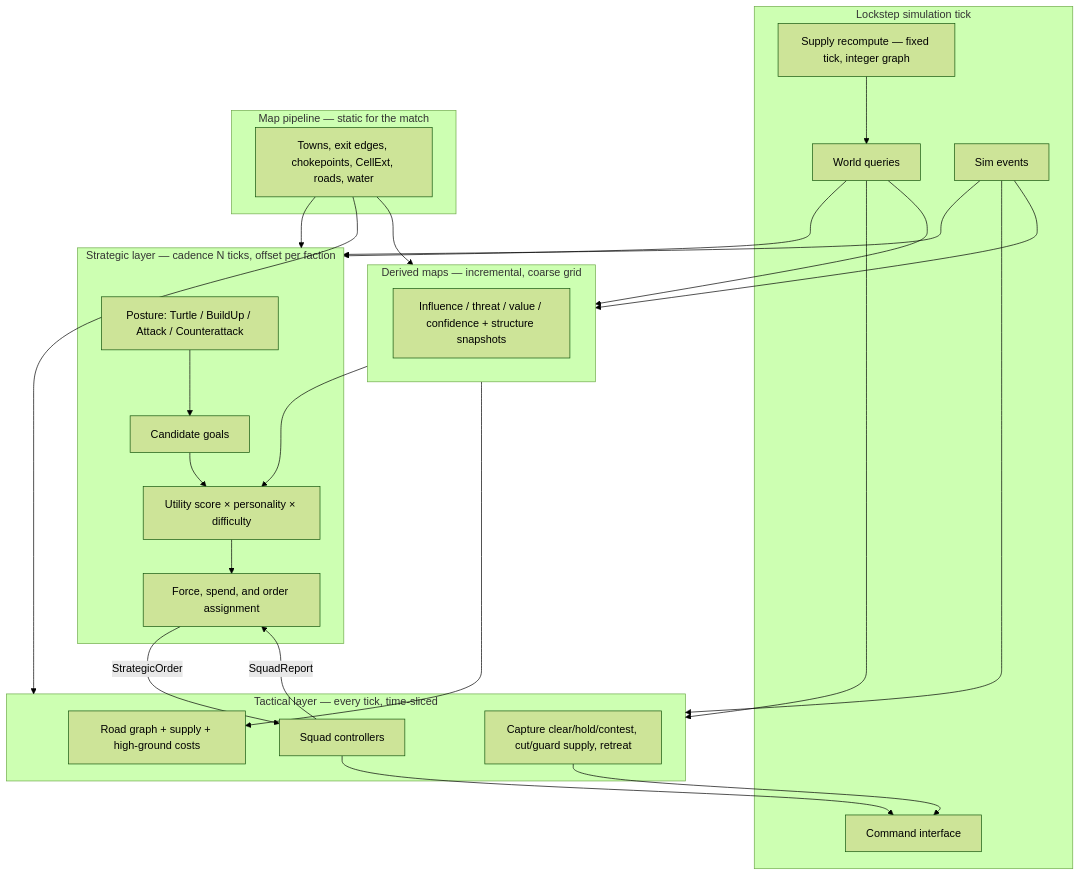
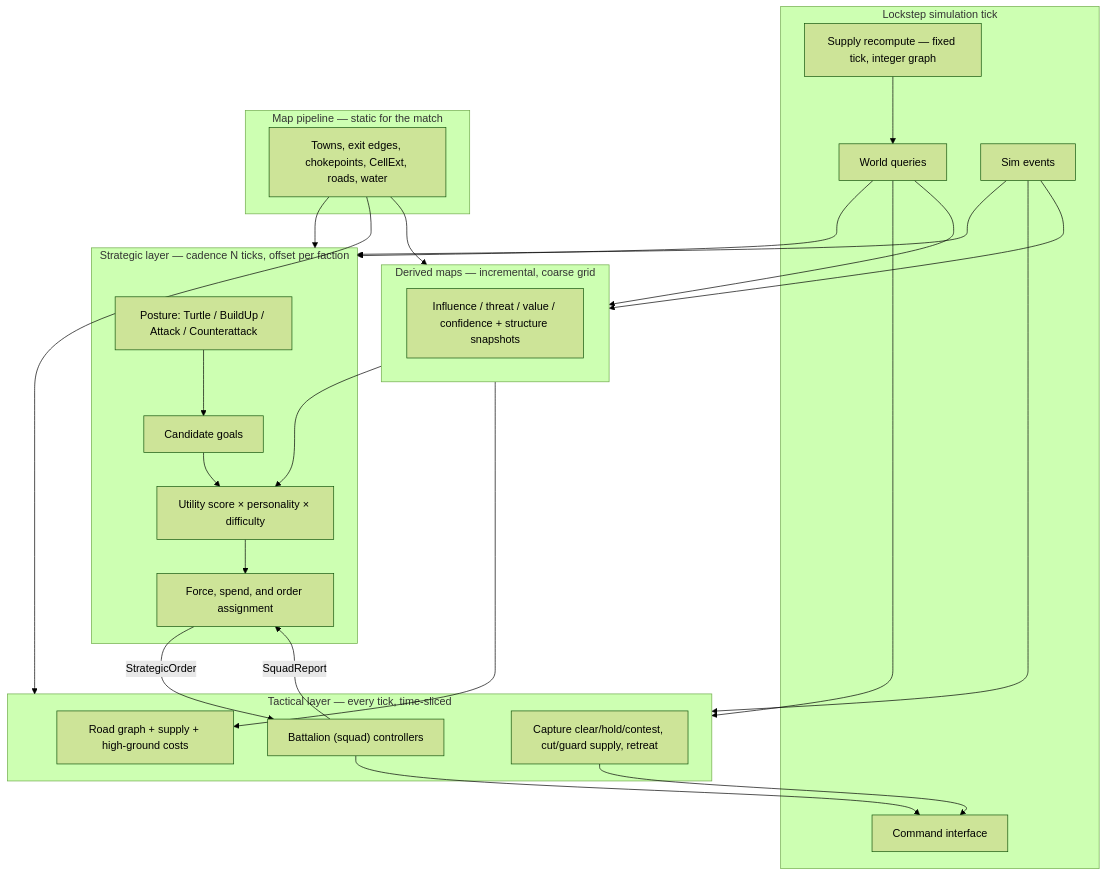
The diagram in docs/ai/enemy-ai-design.md (GarandWolf/wasteland-rts), drawn with Mermaid (forest theme) before and after one commit. The commit also changed other lines of this file, not shown here.

First line of the commit message:
docs(ai): treat sim squad as the battalion entity

````diff
--- a/docs/ai/enemy-ai-design.md
+++ b/docs/ai/enemy-ai-design.md
@@ -143,50 +143,50 @@
 ```mermaid
 flowchart TB
   subgraph Sim["Lockstep simulation tick"]
     World["World queries"]
     Events["Sim events"]
     Cmd["Command interface"]
     Supply["Supply recompute — fixed tick, integer graph"]
   end
 
   subgraph Pipeline["Map pipeline — static for the match"]
     Contract["Towns, exit edges, chokepoints, CellExt, roads, water"]
   end
 
   subgraph Derived["Derived maps — incremental, coarse grid"]
     Inf["Influence / threat / value / confidence + structure snapshots"]
   end
 
   subgraph Strat["Strategic layer — cadence N ticks, offset per faction"]
     Posture["Posture: Turtle / BuildUp / Attack / Counterattack"]
     Cands["Candidate goals"]
     Score["Utility score × personality × difficulty"]
     Alloc["Force, spend, and order assignment"]
   end
 
   subgraph Tact["Tactical layer — every tick, time-sliced"]
-    Squads["Squad controllers"]
+    Squads["Battalion (squad) controllers"]
     Route["Road graph + supply + high-ground costs"]
     Fight["Capture clear/hold/contest, cut/guard supply, retreat"]
   end
 
   Contract --> Strat
   Contract --> Tact
   Contract --> Derived
   World --> Strat
   World --> Tact
   World --> Derived
   Supply --> World
   Events --> Strat
   Events --> Tact
   Events --> Derived
   Derived --> Score
   Derived --> Route
   Posture --> Cands
   Cands --> Score
   Score --> Alloc
   Alloc -->|"StrategicOrder"| Squads
   Squads -->|"SquadReport"| Alloc
   Fight --> Cmd
   Squads --> Cmd
 ```
````
